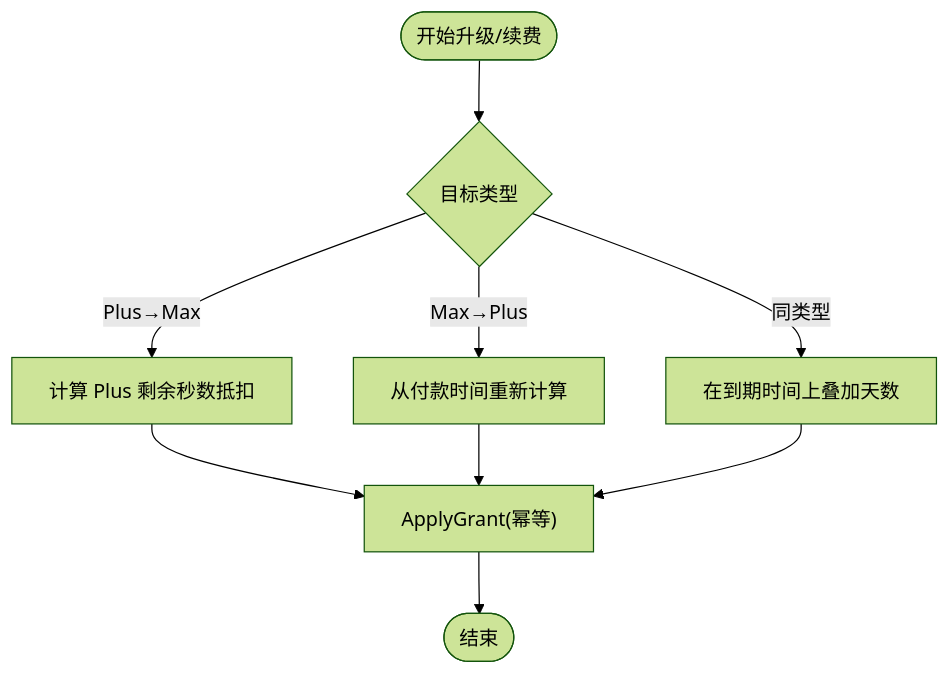
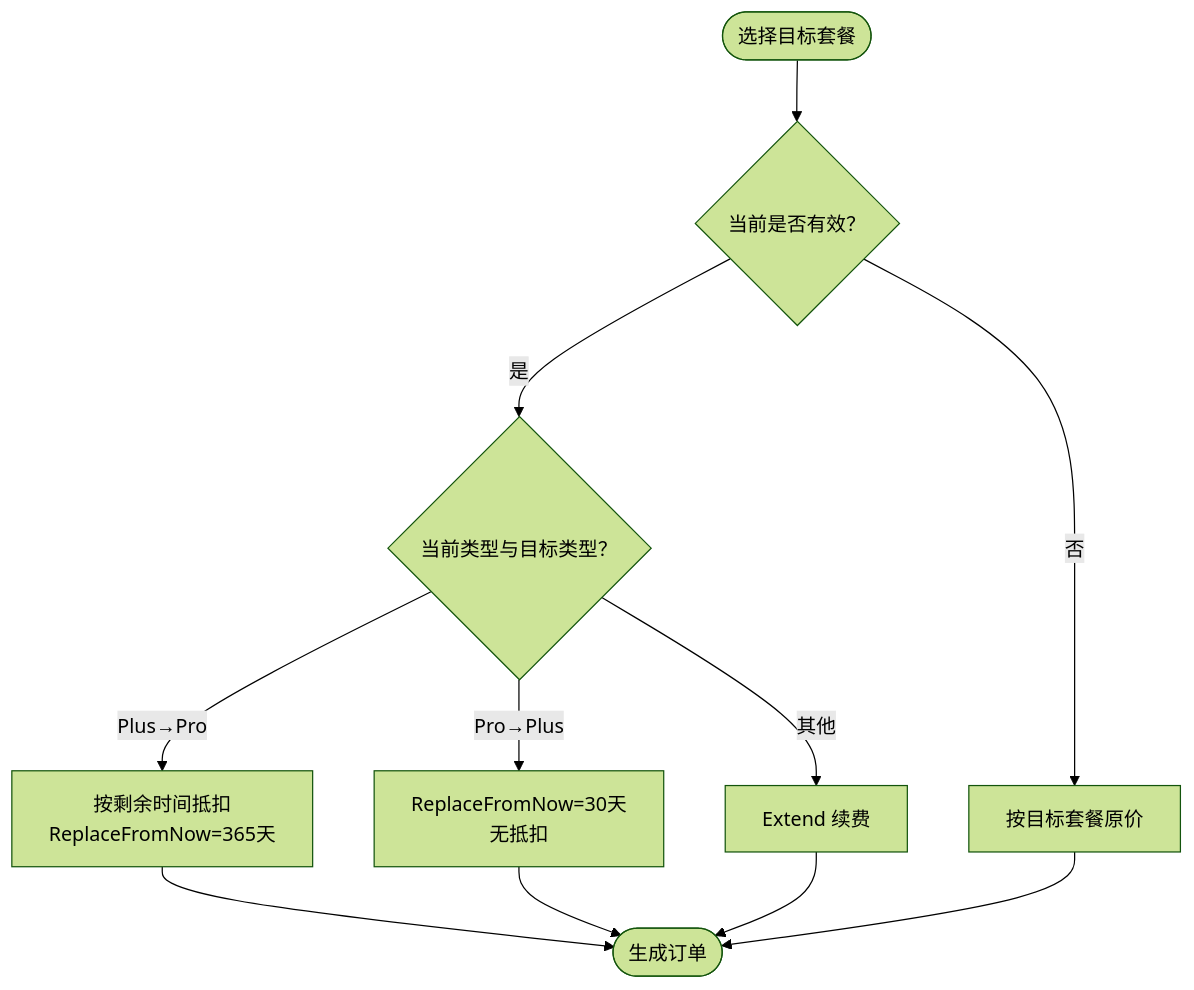
The sixth of 9 diagrams in .qoder/repowiki/zh/content/云端后端服务/支付订阅系统/订阅策略管理.md (alvinwangzi/goodhr), drawn with Mermaid (forest theme) before and after one commit. The commit also changed other lines of this file and 149 other files, not shown here.

````diff
--- a/.qoder/repowiki/zh/content/云端后端服务/支付订阅系统/订阅策略管理.md
+++ b/.qoder/repowiki/zh/content/云端后端服务/支付订阅系统/订阅策略管理.md
@@ -227,11 +261,13 @@
 ```mermaid
 flowchart TD
-Start(["开始升级/续费"]) --> Type{"目标类型"}
-Type --> |Plus→Max| Credit["计算 Plus 剩余秒数抵扣"]
-Type --> |Max→Plus| Replace["从付款时间重新计算"]
-Type --> |同类型| Extend["在到期时间上叠加天数"]
-Credit --> Apply["ApplyGrant(幂等)"]
-Replace --> Apply
-Extend --> Apply
-Apply --> End(["结束"])
+Start(["选择目标套餐"]) --> CheckActive{"当前是否有效？"}
+CheckActive --> |否| NewBuy["按目标套餐原价"]
+CheckActive --> |是| TypeCheck{"当前类型与目标类型？"}
+TypeCheck --> |Pro→Plus| ReplacePlus["ReplaceFromNow=30天<br/>无抵扣"]
+TypeCheck --> |Plus→Pro| Prorate["按剩余时间抵扣<br/>ReplaceFromNow=365天"]
+TypeCheck --> |其他| SameType["Extend 续费"]
+Prorate --> End(["生成订单"])
+ReplacePlus --> End
+SameType --> End
+NewBuy --> End
 ```
````
